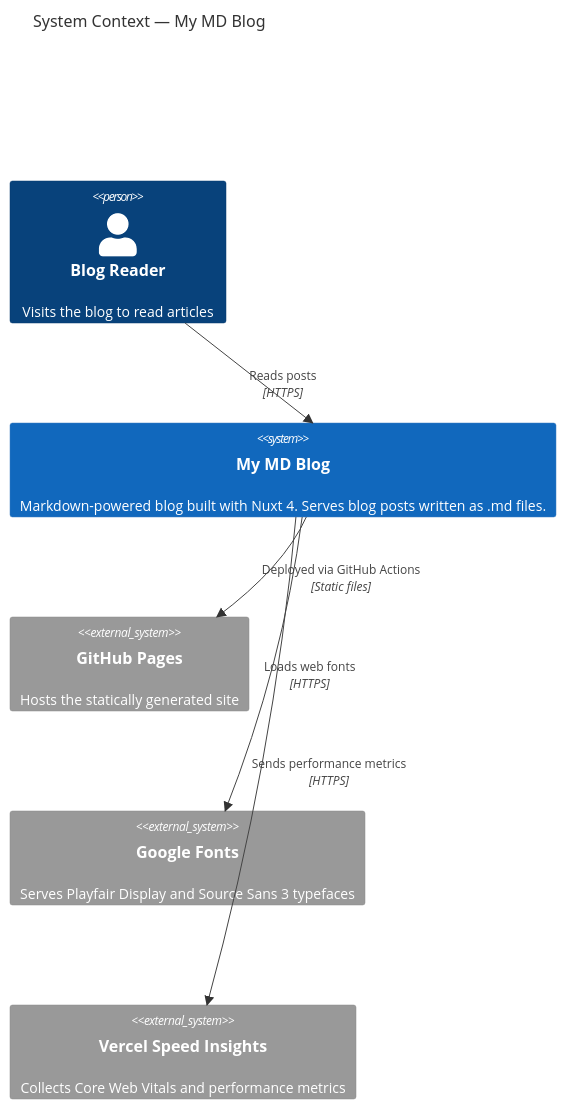
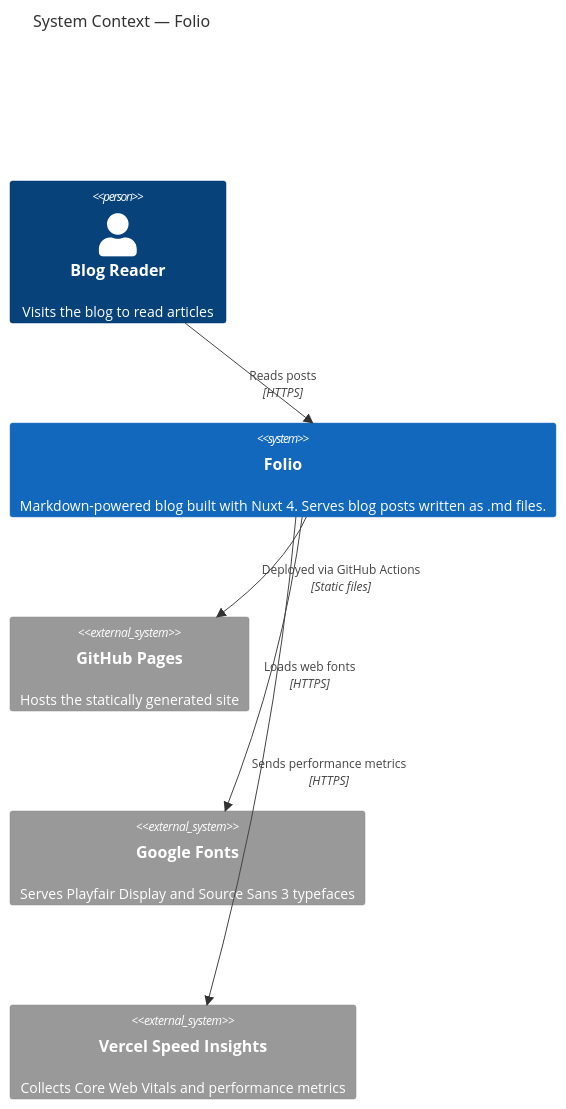
The first of 3 diagrams in docs/c4-architecture.md (sharique/my-md-blog), drawn with Mermaid before and after one commit. The commit also changed other lines of this file and 11 other files, not shown here.

````diff
--- a/docs/c4-architecture.md
+++ b/docs/c4-architecture.md
@@ -7,17 +7,17 @@
 ```mermaid
 C4Context
-  title System Context — My MD Blog
+  title System Context — Folio
 
   Person(reader, "Blog Reader", "Visits the blog to read articles")
 
-  System(blog, "My MD Blog", "Markdown-powered blog built with Nuxt 4. Serves blog posts written as .md files.")
+  System(blog, "Folio", "Markdown-powered blog built with Nuxt 4. Serves blog posts written as .md files.")
 
   System_Ext(github_pages, "GitHub Pages", "Hosts the statically generated site")
   System_Ext(google_fonts, "Google Fonts", "Serves Playfair Display and Source Sans 3 typefaces")
   System_Ext(vercel_insights, "Vercel Speed Insights", "Collects Core Web Vitals and performance metrics")
 
   Rel(reader, blog, "Reads posts", "HTTPS")
   Rel(blog, github_pages, "Deployed via GitHub Actions", "Static files")
   Rel(blog, google_fonts, "Loads web fonts", "HTTPS")
   Rel(blog, vercel_insights, "Sends performance metrics", "HTTPS")
 ```
````
